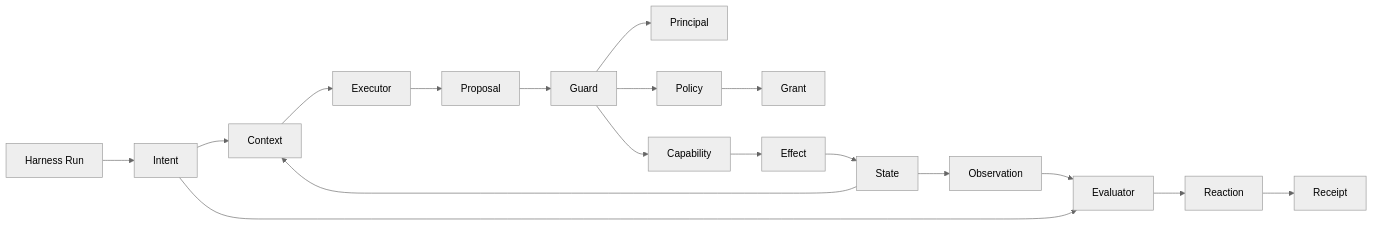
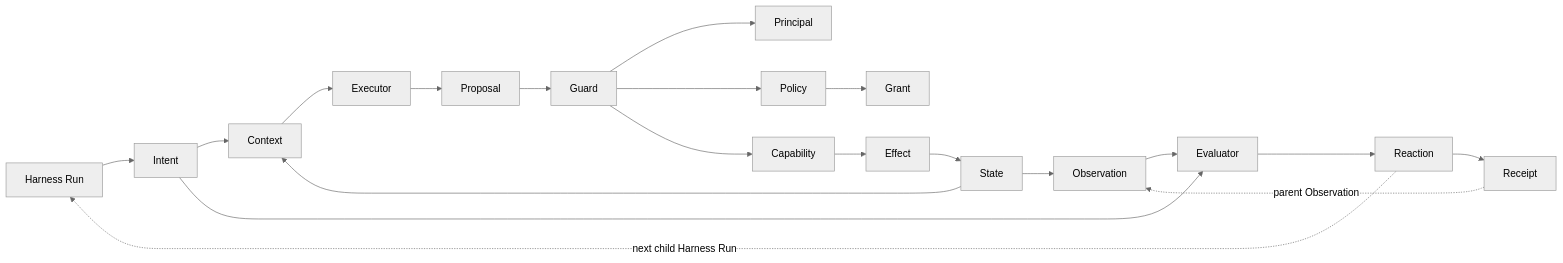
One commit to bioshazard/harness-engineering changed the diagram in poc/hello-world/docs/ontology.md. Above: the diagram before and after it, drawn with Mermaid (neutral theme). The commit also changed other lines of this file and 26 other files, not shown here.

````diff
--- a/poc/hello-world/docs/ontology.md
+++ b/poc/hello-world/docs/ontology.md
@@ -65,20 +68,22 @@
 ```mermaid
 flowchart LR
   H["Harness Run"] --> I["Intent"]
   I --> K["Context"]
   S --> K
   K --> X["Executor"]
   X --> P["Proposal"]
   P --> G["Guard"]
   G --> N["Principal"]
   G --> Y["Policy"]
   Y --> A["Grant"]
   G --> C["Capability"]
   C --> F["Effect"]
   F --> S["State"]
   S --> O["Observation"]
   O --> E["Evaluator"]
   I --> E
   E --> R["Reaction"]
   R --> Q["Receipt"]
+  Q -. "parent Observation" .-> O
+  R -. "next child Harness Run" .-> H
 ```
````
